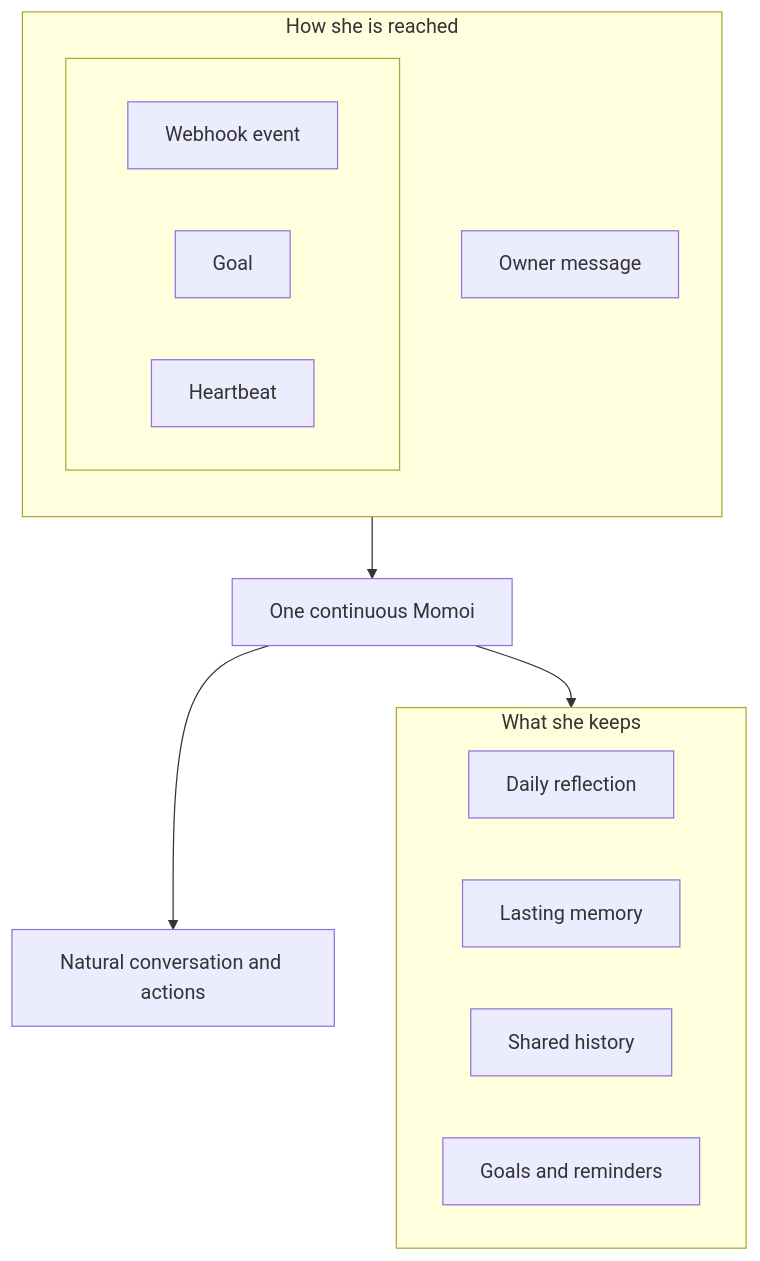
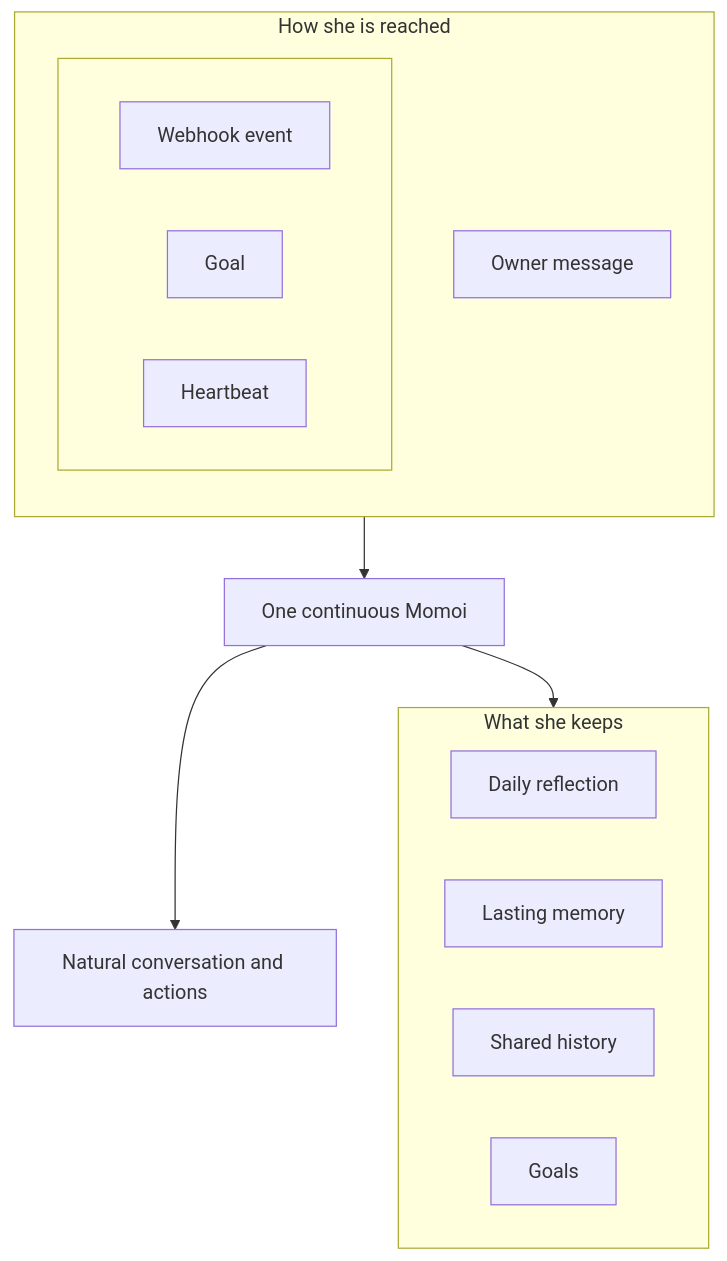
Before and after one commit to RicterZ/Momoi: the first of 2 diagrams in README.md, drawn with Mermaid. The commit also changed other lines of this file and 34 other files, not shown here.

````diff
--- a/README.md
+++ b/README.md
@@ -26,25 +26,25 @@
 ```mermaid
 flowchart TB
   subgraph reach["How she is reached"]
     direction TB
     owner["Owner message"]
     subgraph also[" "]
       direction LR
       events["Webhook event"]
       goal["Goal"]
       heartbeat["Heartbeat"]
     end
   end
   momoi["One continuous Momoi"]
   out["Natural conversation and actions"]
   subgraph keep["What she keeps"]
     direction LR
     reflection["Daily reflection"]
     memory["Lasting memory"]
     history["Shared history"]
-    agenda["Goals and reminders"]
+    agenda["Goals"]
   end
   reach --> momoi
   momoi --> out
   momoi --> keep
 ```
````
